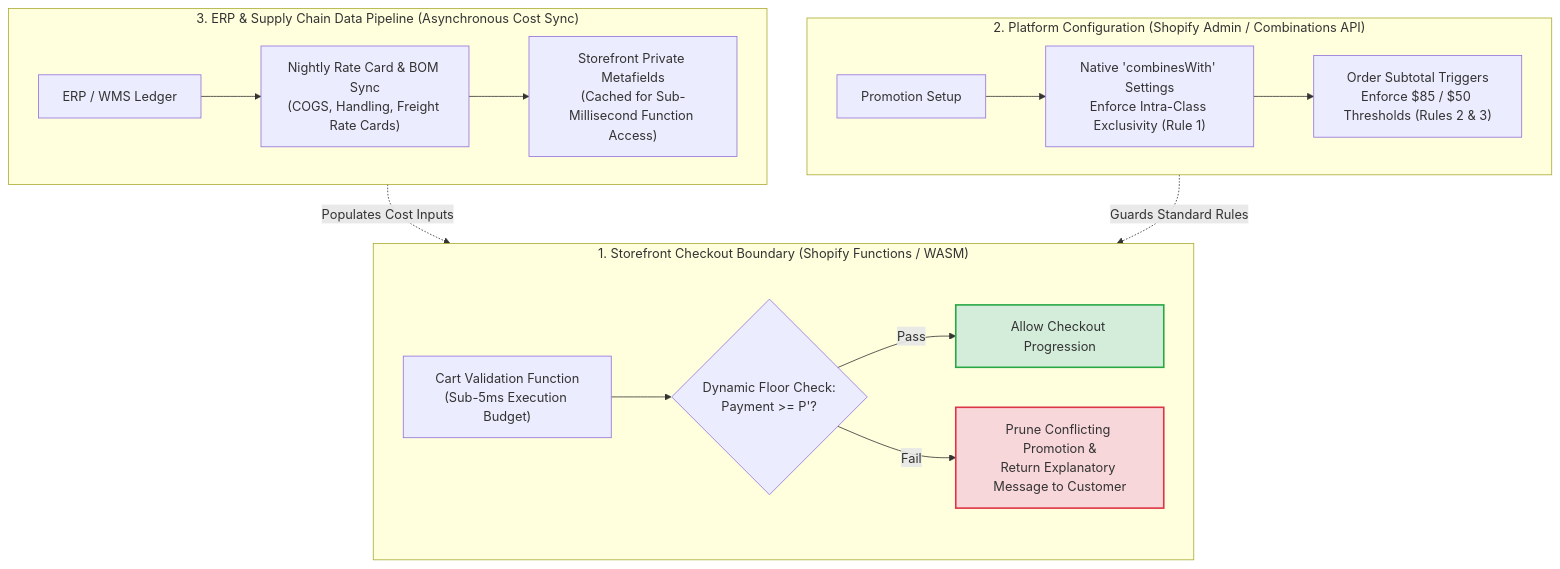
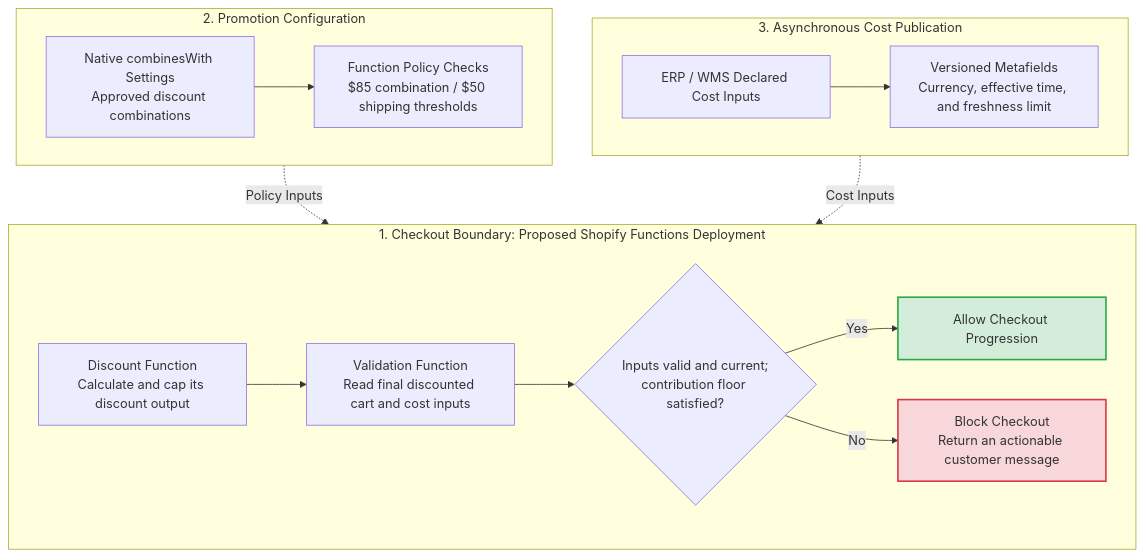
One commit to riovicsusas/portfolio changed the sixth of 6 diagrams in domain-5-technical-diagnosis/MasterDossier-Domain5-MarginDefenseAndCartDiagnostics.md. Above: the diagram before and after it, drawn with Mermaid. The commit also changed other lines of this file and 17 other files, not shown here.

````diff
--- a/domain-5-technical-diagnosis/MasterDossier-Domain5-MarginDefenseAndCartDiagnostics.md
+++ b/domain-5-technical-diagnosis/MasterDossier-Domain5-MarginDefenseAndCartDiagnostics.md
@@ -553,24 +554,19 @@
 ```mermaid
 flowchart TD
-    subgraph TIER1["1. Storefront Checkout Boundary (Shopify Functions / WASM)"]
-        F1["Cart Validation Function<br/>(Sub-5ms Execution Budget)"] --> F2{"Dynamic Floor Check:<br/>Payment >= P'?"}
-        F2 -- "Pass" --> F3["Allow Checkout Progression"]
-        F2 -- "Fail" --> F4["Prune Conflicting Promotion &<br/>Return Explanatory Message to Customer"]
+    subgraph TIER1["1. Checkout Boundary: Proposed Shopify Functions Deployment"]
+        D1["Discount Function<br/>Calculate and cap its discount output"] --> V1["Validation Function<br/>Read final discounted cart and cost inputs"]
+        V1 --> V2{"Inputs valid and current;<br/>contribution floor satisfied?"}
+        V2 -- "Yes" --> PASS["Allow Checkout Progression"]
+        V2 -- "No" --> BLOCK["Block Checkout<br/>Return an actionable customer message"]
     end
-
-    subgraph TIER2["2. Platform Configuration (Shopify Admin / Combinations API)"]
-        A1["Promotion Setup"] --> A2["Native 'combinesWith' Settings<br/>Enforce Intra-Class Exclusivity (Rule 1)"]
-        A2 --> A3["Order Subtotal Triggers<br/>Enforce $85 / $50 Thresholds (Rules 2 & 3)"]
+    subgraph TIER2["2. Promotion Configuration"]
+        A1["Native combinesWith Settings<br/>Approved discount combinations"] --> A2["Function Policy Checks<br/>$85 combination / $50 shipping thresholds"]
     end
-
-    subgraph TIER3["3. ERP & Supply Chain Data Pipeline (Asynchronous Cost Sync)"]
-        E1["ERP / WMS Ledger"] --> E2["Nightly Rate Card & BOM Sync<br/>(COGS, Handling, Freight Rate Cards)"]
-        E2 --> E3["Storefront Private Metafields<br/>(Cached for Sub-Millisecond Function Access)"]
+    subgraph TIER3["3. Asynchronous Cost Publication"]
+        E1["ERP / WMS Declared Cost Inputs"] --> E2["Versioned Metafields<br/>Currency, effective time, and freshness limit"]
     end
-
-    TIER3 -.->|"Populates Cost Inputs"| TIER1
-    TIER2 -.->|"Guards Standard Rules"| TIER1
-
-    style F3 fill:#d4edda,stroke:#28a745,stroke-width:2px;
-    style F4 fill:#f8d7da,stroke:#dc3545,stroke-width:2px;
+    TIER2 -.->|"Policy Inputs"| TIER1
+    TIER3 -.->|"Cost Inputs"| TIER1
+    style PASS fill:#d4edda,stroke:#28a745,stroke-width:2px;
+    style BLOCK fill:#f8d7da,stroke:#dc3545,stroke-width:2px;
 ```
````
